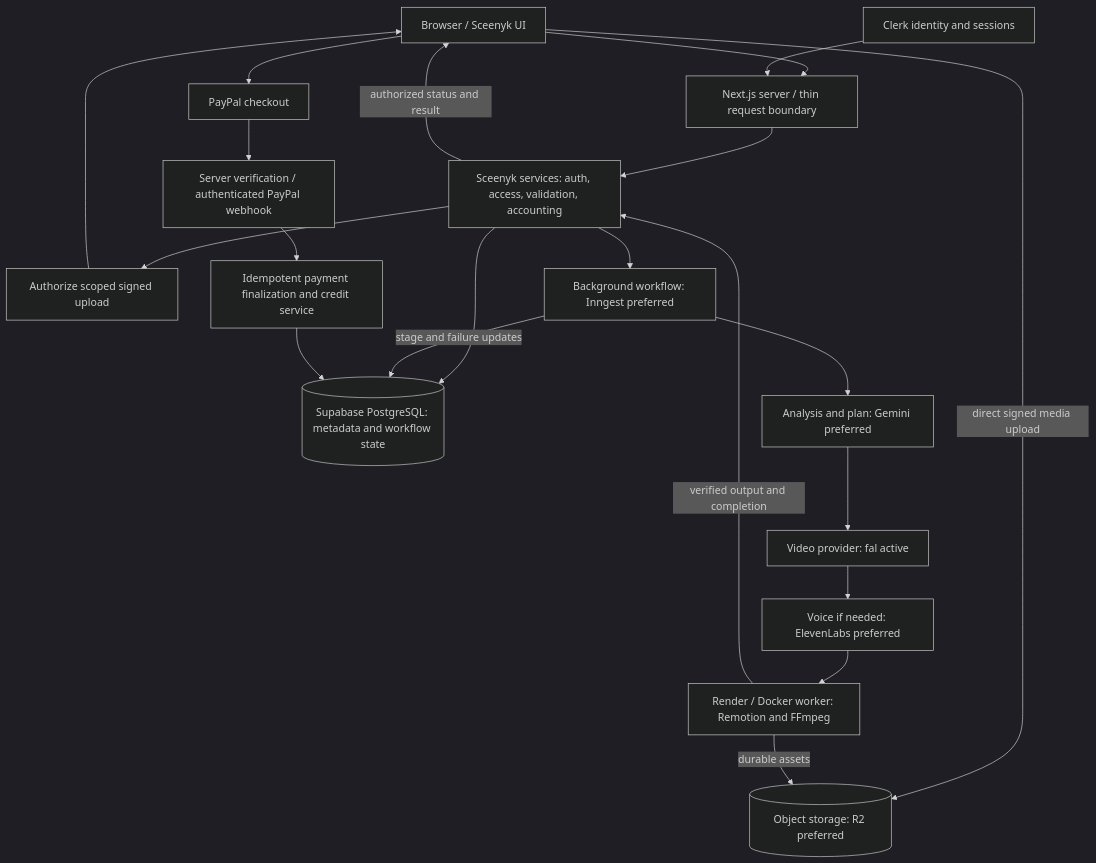
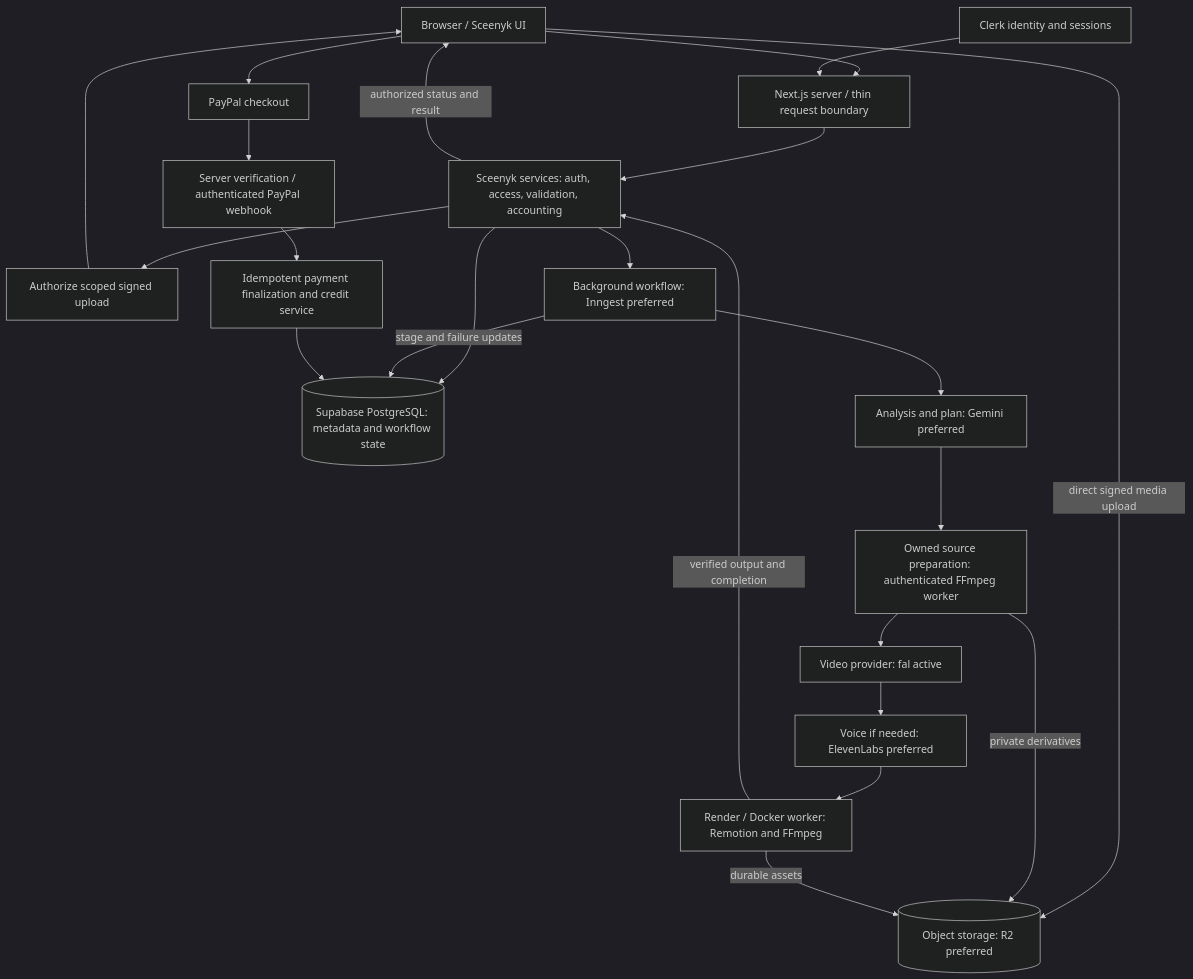
Before and after one commit to lawrenceokim/sceenyk: the diagram in context/architecture.md, drawn with Mermaid (dark theme). The commit also changed other lines of this file and 30 other files, not shown here.

Commit message:
built the layer that turns Gemini's instructions into video clips before sending to fal.ai

````diff
--- a/context/architecture.md
+++ b/context/architecture.md
@@ -282,23 +298,25 @@
 ```mermaid
 flowchart TD
   Browser[Browser / Sceenyk UI] --> Web[Next.js server / thin request boundary]
   Clerk[Clerk identity and sessions] --> Web
   Web --> Services[Sceenyk services: auth, access, validation, accounting]
   Services --> DB[(Supabase PostgreSQL: metadata and workflow state)]
   Services --> Upload[Authorize scoped signed upload]
   Upload --> Browser
   Browser -->|direct signed media upload| Storage[(Object storage: R2 preferred)]
   Services --> Workflow[Background workflow: Inngest preferred]
   Workflow --> Analysis[Analysis and plan: Gemini preferred]
-  Analysis --> Video[Video provider: fal active]
+  Analysis --> Preparation[Owned source preparation: authenticated FFmpeg worker]
+  Preparation -->|private derivatives| Storage
+  Preparation --> Video[Video provider: fal active]
   Video --> Voice[Voice if needed: ElevenLabs preferred]
   Voice --> Worker[Render / Docker worker: Remotion and FFmpeg]
   Worker -->|durable assets| Storage
   Workflow -->|stage and failure updates| DB
   Worker -->|verified output and completion| Services
   Services -->|authorized status and result| Browser
   Browser --> Checkout[PayPal checkout]
   Checkout --> Verify[Server verification / authenticated PayPal webhook]
   Verify --> Finalize[Idempotent payment finalization and credit service]
   Finalize --> DB
 ```
````
